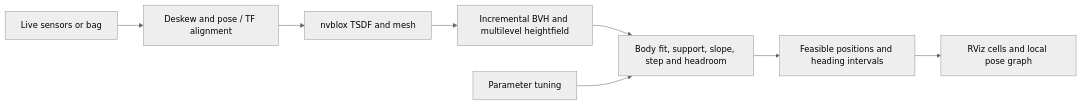
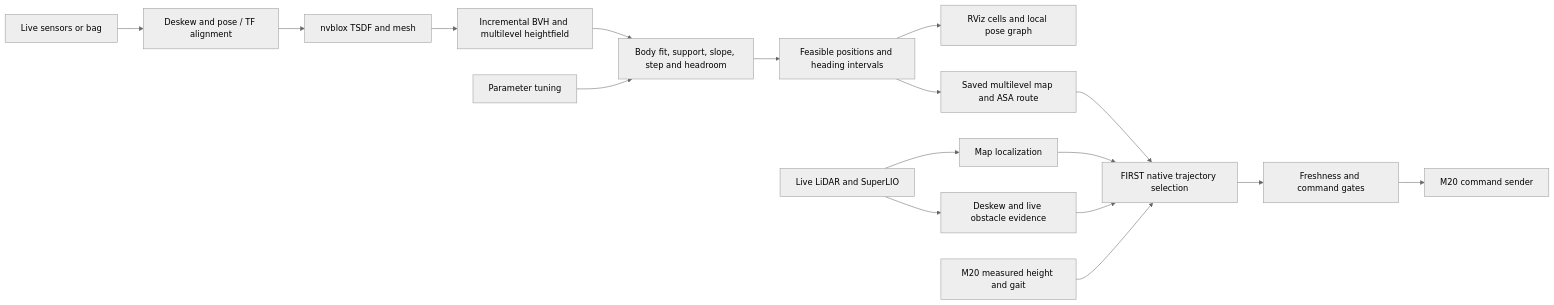
The diagram in README.md (CUDDLIU/se2-nvblox-traversability), drawn with Mermaid (neutral theme) before and after one commit. The commit also changed other lines of this file and 89 other files, not shown here.

````diff
--- a/README.md
+++ b/README.md
@@ -91,10 +136,19 @@
 ```mermaid
 flowchart LR
     S[Live sensors or bag] --> D[Deskew and pose / TF alignment]
     D --> N[nvblox TSDF and mesh]
     N --> B[Incremental BVH and multilevel heightfield]
     B --> C[Body fit, support, slope, step and headroom]
     C --> P[Feasible positions and heading intervals]
     P --> R[RViz cells and local pose graph]
     T[Parameter tuning] --> C
+    P --> G[Saved multilevel map and ASA route]
+    L[Live LiDAR and SuperLIO] --> A[Map localization]
+    A --> F[FIRST native trajectory selection]
+    G --> F
+    L --> O[Deskew and live obstacle evidence]
+    O --> F
+    M[M20 measured height and gait] --> F
+    F --> V[Freshness and command gates]
+    V --> U[M20 command sender]
 ```
````
